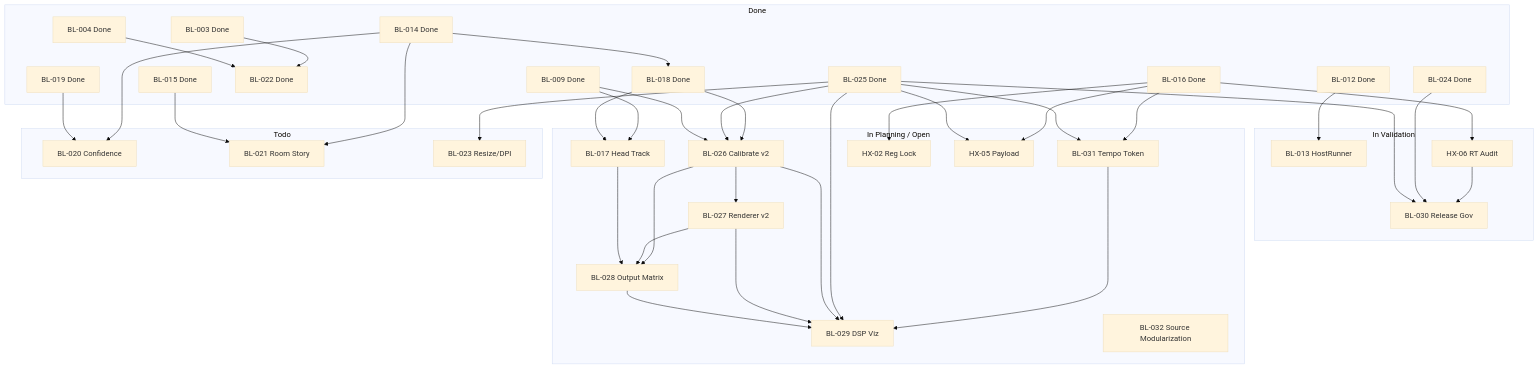
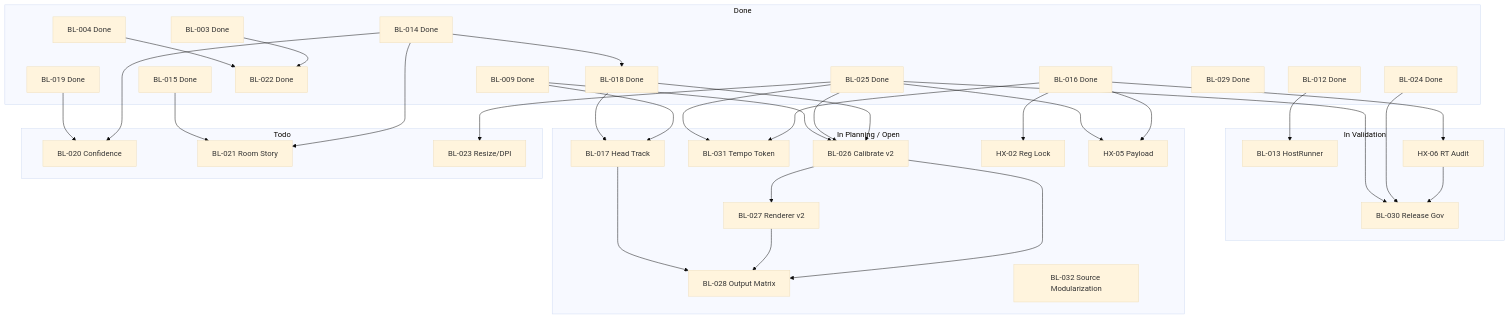
The diagram in Documentation/backlog/index.md (joshband/LocusQ), drawn with Mermaid (base theme) before and after one commit. The commit also changed other lines of this file and 9 other files, not shown here.

````diff
--- a/Documentation/backlog/index.md
+++ b/Documentation/backlog/index.md
@@ -53,74 +52,69 @@
 ```mermaid
 graph TD
     subgraph Done
         BL-003[BL-003 Done]
         BL-004[BL-004 Done]
         BL-009[BL-009 Done]
         BL-012[BL-012 Done]
         BL-014[BL-014 Done]
         BL-018[BL-018 Done]
         BL-022[BL-022 Done]
         BL-015[BL-015 Done]
         BL-016[BL-016 Done]
         BL-019[BL-019 Done]
         BL-024[BL-024 Done]
         BL-025[BL-025 Done]
+        BL-029[BL-029 Done]
     end
 
     subgraph "In Validation"
         BL-013[BL-013 HostRunner]
         HX-06[HX-06 RT Audit]
         BL-030[BL-030 Release Gov]
     end
 
     subgraph "In Planning / Open"
         BL-026[BL-026 Calibrate v2]
         BL-027[BL-027 Renderer v2]
         BL-028[BL-028 Output Matrix]
-        BL-029[BL-029 DSP Viz]
         BL-031[BL-031 Tempo Token]
         BL-017[BL-017 Head Track]
         HX-02[HX-02 Reg Lock]
         HX-05[HX-05 Payload]
         BL-032[BL-032 Source Modularization]
     end
 
     subgraph "Todo"
         BL-020[BL-020 Confidence]
         BL-021[BL-021 Room Story]
         BL-023[BL-023 Resize/DPI]
     end
 
     BL-014 --> BL-018
     BL-018 --> BL-026
     BL-025 --> BL-026
     BL-009 --> BL-026
     BL-026 --> BL-027
     BL-026 --> BL-028
     BL-027 --> BL-028
     BL-017 --> BL-028
-    BL-031 --> BL-029
-    BL-025 --> BL-029
-    BL-026 --> BL-029
-    BL-027 --> BL-029
-    BL-028 --> BL-029
     BL-016 --> BL-031
     BL-025 --> BL-031
     BL-016 --> HX-02
     BL-016 --> HX-05
     BL-025 --> HX-05
     BL-016 --> HX-06
     HX-06 --> BL-030
     BL-024 --> BL-030
     BL-025 --> BL-030
     BL-009 --> BL-017
     BL-018 --> BL-017
     BL-003 --> BL-022
     BL-004 --> BL-022
     BL-012 --> BL-013
     BL-014 --> BL-020
     BL-019 --> BL-020
     BL-014 --> BL-021
     BL-015 --> BL-021
     BL-025 --> BL-023
 ```
````
